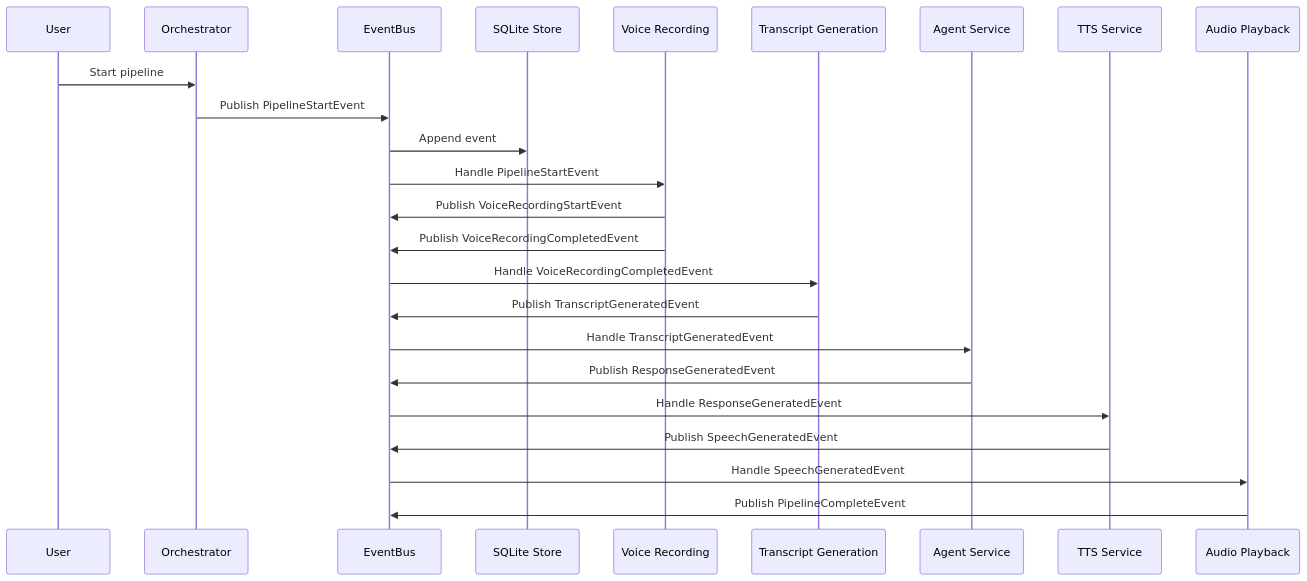
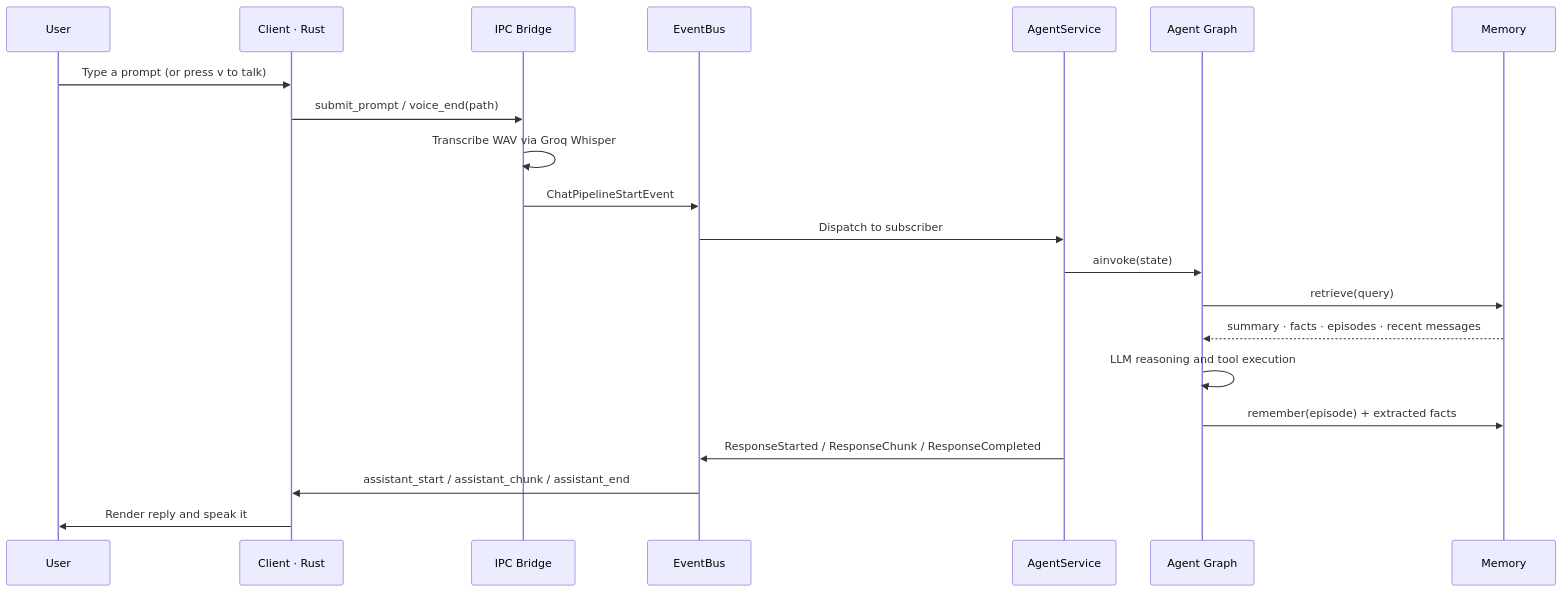
One commit to Limbo-corps/orion-cli changed the third of 4 diagrams in README.md. Above: the diagram before and after it, drawn with Mermaid. The commit also changed other lines of this file and 45 other files, not shown here.

Commit message:
feat: major changes, updated mcp architecture and added multi-llm integration

````diff
--- a/README.md
+++ b/README.md
@@ -74,27 +122,24 @@
 ```mermaid
 sequenceDiagram
     participant User
-    participant Orchestrator
+    participant Client as Client · Rust
+    participant Bridge as IPC Bridge
     participant Bus as EventBus
-    participant Store as SQLite Store
-    participant Voice as Voice Recording
-    participant STT as Transcript Generation
-    participant Agent as Agent Service
-    participant TTS as TTS Service
-    participant Audio as Audio Playback
+    participant Agent as AgentService
+    participant Graph as Agent Graph
+    participant Memory
 
-    User->>Orchestrator: Start pipeline
-    Orchestrator->>Bus: Publish PipelineStartEvent
-    Bus->>Store: Append event
-    Bus->>Voice: Handle PipelineStartEvent
-    Voice->>Bus: Publish VoiceRecordingStartEvent
-    Voice->>Bus: Publish VoiceRecordingCompletedEvent
-    Bus->>STT: Handle VoiceRecordingCompletedEvent
-    STT->>Bus: Publish TranscriptGeneratedEvent
-    Bus->>Agent: Handle TranscriptGeneratedEvent
-    Agent->>Bus: Publish ResponseGeneratedEvent
-    Bus->>TTS: Handle ResponseGeneratedEvent
-    TTS->>Bus: Publish SpeechGeneratedEvent
-    Bus->>Audio: Handle SpeechGeneratedEvent
-    Audio->>Bus: Publish PipelineCompleteEvent
+    User->>Client: Type a prompt (or press v to talk)
+    Client->>Bridge: submit_prompt / voice_end(path)
+    Bridge->>Bridge: Transcribe WAV via Groq Whisper
+    Bridge->>Bus: ChatPipelineStartEvent
+    Bus->>Agent: Dispatch to subscriber
+    Agent->>Graph: ainvoke(state)
+    Graph->>Memory: retrieve(query)
+    Memory-->>Graph: summary · facts · episodes · recent messages
+    Graph->>Graph: LLM reasoning and tool execution
+    Graph->>Memory: remember(episode) + extracted facts
+    Agent->>Bus: ResponseStarted / ResponseChunk / ResponseCompleted
+    Bus->>Client: assistant_start / assistant_chunk / assistant_end
+    Client->>User: Render reply and speak it
 ```
````
